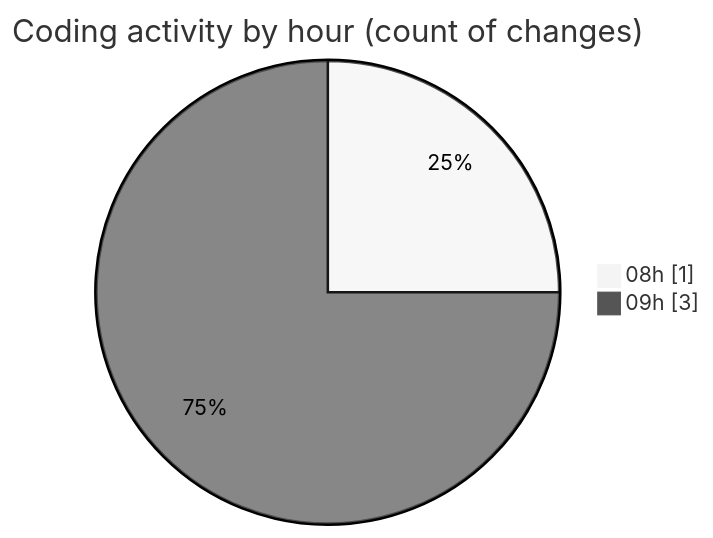
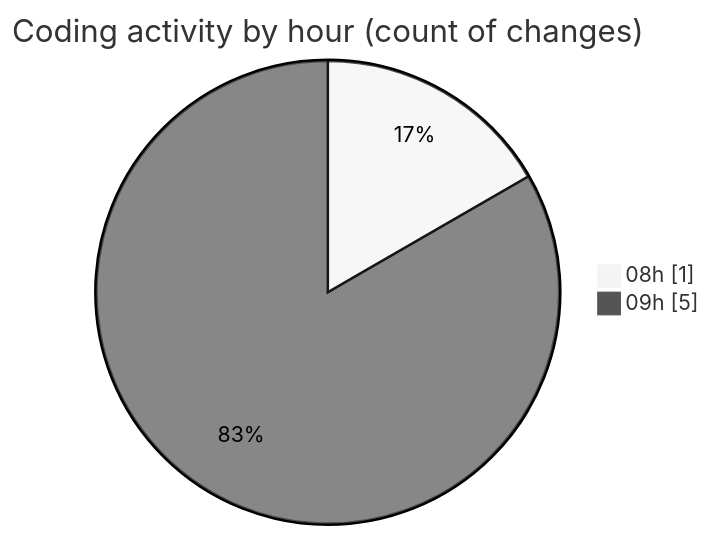
The second of 2 diagrams in 2026-05-20/cilapp/README.md (ricardozamudiocil/code-tracking), drawn with Mermaid (neutral theme) before and after one commit. The commit also changed other lines of this file and 1 other file, not shown here.

````diff
--- a/2026-05-20/cilapp/README.md
+++ b/2026-05-20/cilapp/README.md
@@ -30,6 +30,6 @@
 ```mermaid
 pie showData
 title Coding activity by hour (count of changes)
 "08h" : 1
-"09h" : 3
+"09h" : 5
 ```
````
